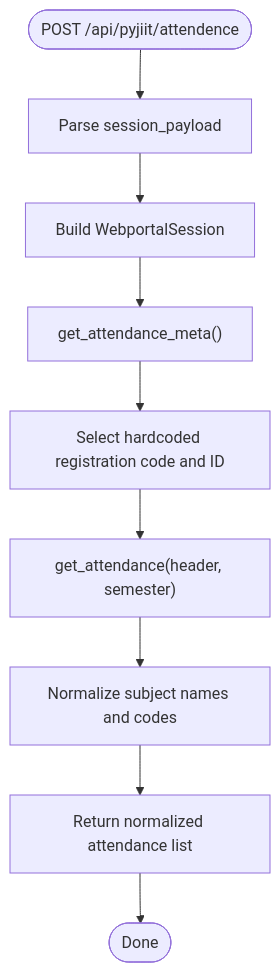
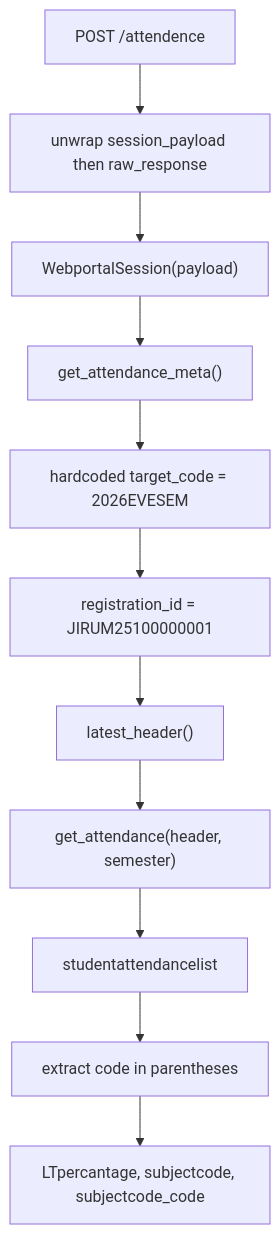
Before and after one commit to tashifkhan/tashif.codes: the fifth of 6 diagrams in src/data/docs/agentic-browser/API Server/Academic Portal API.md, drawn with Mermaid. The commit also changed other lines of this file and 114 other files, not shown here.

````diff
--- a/src/data/docs/agentic-browser/API Server/Academic Portal API.md
+++ b/src/data/docs/agentic-browser/API Server/Academic Portal API.md
@@ -131,11 +161,13 @@
 ```mermaid
 flowchart TD
-Start(["POST /api/pyjiit/attendence"]) --> Parse["Parse session_payload"]
-Parse --> BuildSession["Build WebportalSession"]
-BuildSession --> Meta["get_attendance_meta()"]
-Meta --> Hardcode["Select hardcoded registration code and ID"]
-Hardcode --> GetAtt["get_attendance(header, semester)"]
-GetAtt --> Normalize["Normalize subject names and codes"]
-Normalize --> Return["Return normalized attendance list"]
-Return --> End(["Done"])
+  A["POST /attendence"] --> B["unwrap session_payload then raw_response"]
+  B --> C["WebportalSession(payload)"]
+  C --> D["get_attendance_meta()"]
+  D --> E["hardcoded target_code = 2026EVESEM"]
+  E --> F["registration_id = JIRUM25100000001"]
+  F --> G["latest_header()"]
+  G --> H["get_attendance(header, semester)"]
+  H --> I["studentattendancelist"]
+  I --> J["extract code in parentheses"]
+  J --> K["LTpercantage, subjectcode, subjectcode_code"]
 ```
````
